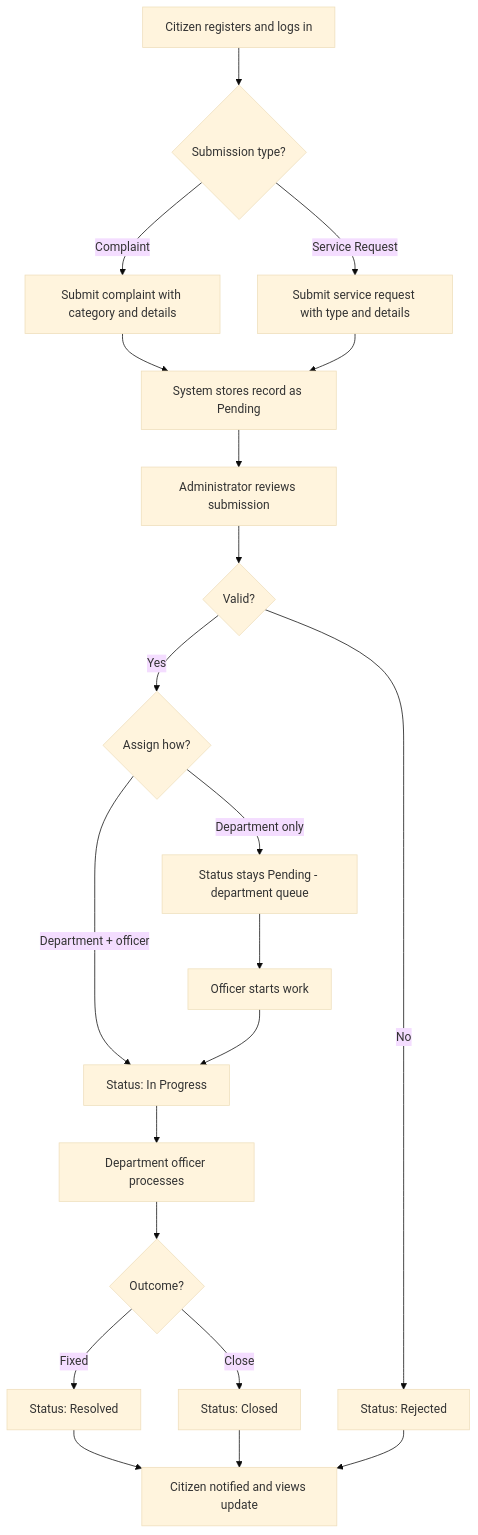
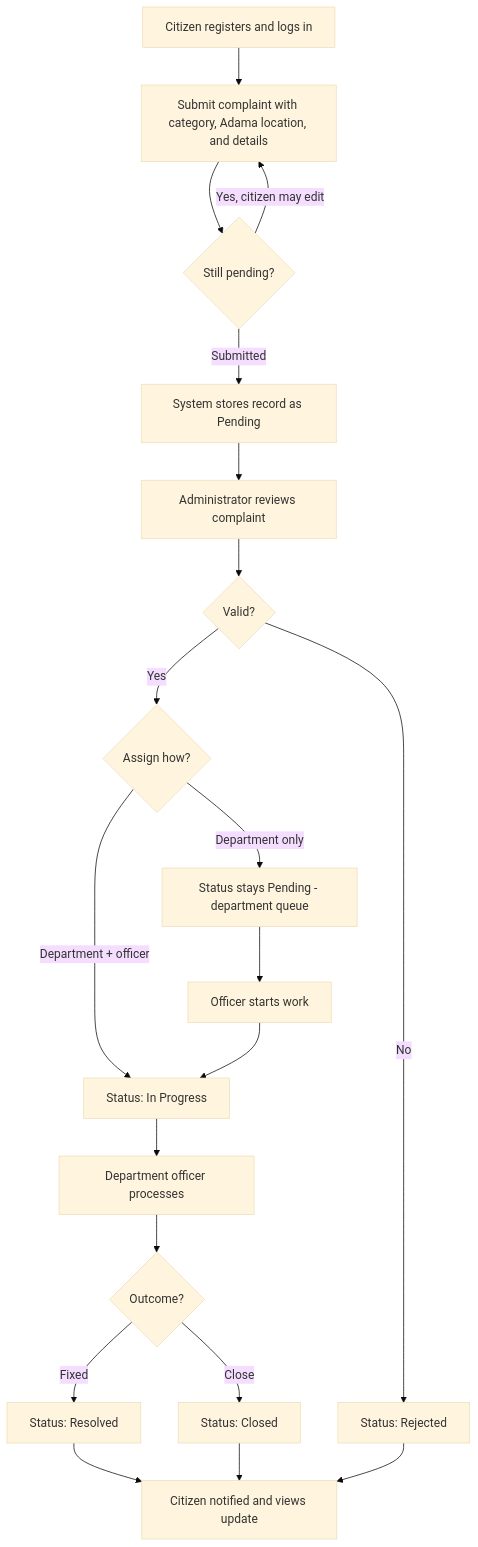
The fifth of 7 diagrams in Project_Proposal_Web_Based_Citizen_Complaint_and_Service_Request.md (esmaelmohammed-ux/Adama-city-citizen-complaint-and-request-management-system), drawn with Mermaid (base theme) before and after one commit. The commit also changed other lines of this file and 72 other files, not shown here.

````diff
--- a/Project_Proposal_Web_Based_Citizen_Complaint_and_Service_Request.md
+++ b/Project_Proposal_Web_Based_Citizen_Complaint_and_Service_Request.md
@@ -700,23 +696,22 @@
 ```mermaid
 flowchart TD
-    A[Citizen registers and logs in] --> B{Submission type?}
-    B -->|Complaint| C[Submit complaint with category and details]
-    B -->|Service Request| D[Submit service request with type and details]
-    C --> E[System stores record as Pending]
-    D --> E
-    E --> F[Administrator reviews submission]
-    F --> G{Valid?}
-    G -->|No| H[Status: Rejected]
-    G -->|Yes| I{Assign how?}
-    I -->|Department only| J[Status stays Pending - department queue]
-    I -->|Department + officer| K[Status: In Progress]
-    J --> L[Officer starts work]
-    L --> K
-    K --> M[Department officer processes]
-    M --> N{Outcome?}
-    N -->|Fixed| O[Status: Resolved]
-    N -->|Close| P[Status: Closed]
-    O --> Q[Citizen notified and views update]
-    P --> Q
-    H --> Q
+    A[Citizen registers and logs in] --> B[Submit complaint with category, Adama location, and details]
+    B --> C{Still pending?}
+    C -->|Yes, citizen may edit| B
+    C -->|Submitted| D[System stores record as Pending]
+    D --> E[Administrator reviews complaint]
+    E --> F{Valid?}
+    F -->|No| G[Status: Rejected]
+    F -->|Yes| H{Assign how?}
+    H -->|Department only| I[Status stays Pending - department queue]
+    H -->|Department + officer| J[Status: In Progress]
+    I --> K[Officer starts work]
+    K --> J
+    J --> L[Department officer processes]
+    L --> M{Outcome?}
+    M -->|Fixed| N[Status: Resolved]
+    M -->|Close| O[Status: Closed]
+    N --> P[Citizen notified and views update]
+    O --> P
+    G --> P
 ```
````
